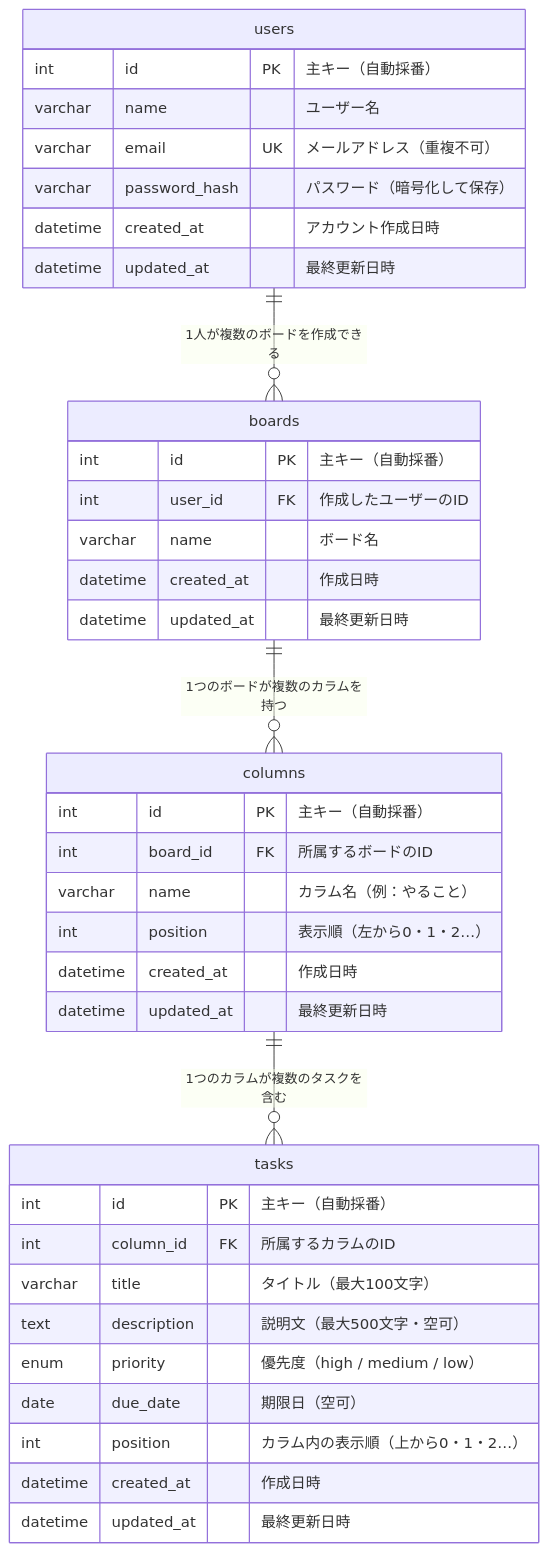
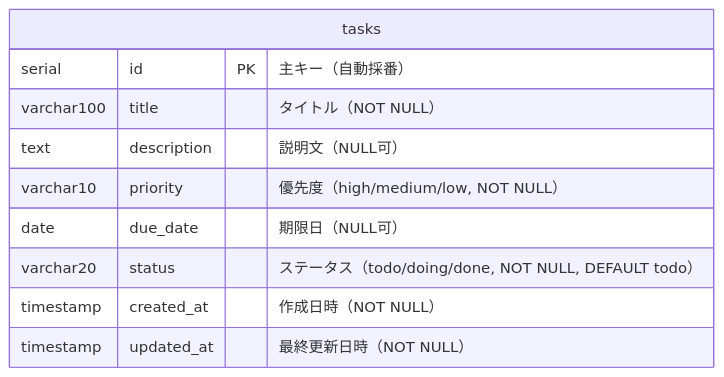
Before and after one commit to 80-cloud/hideharu-AI: the diagram in task-board/docs/DB設計書.md, drawn with Mermaid. The commit also changed other lines of this file and 11 other files, not shown here.

````diff
--- a/task-board/docs/DB設計書.md
+++ b/task-board/docs/DB設計書.md
@@ -92,44 +87,13 @@
 ```mermaid
 erDiagram
-    users {
-        int         id           PK  "主キー（自動採番）"
-        varchar     name             "ユーザー名"
-        varchar     email        UK  "メールアドレス（重複不可）"
-        varchar     password_hash    "パスワード（暗号化して保存）"
-        datetime    created_at       "アカウント作成日時"
-        datetime    updated_at       "最終更新日時"
+    tasks {
+        serial      id           PK  "主キー（自動採番）"
+        varchar100  title            "タイトル（NOT NULL）"
+        text        description      "説明文（NULL可）"
+        varchar10   priority         "優先度（high/medium/low, NOT NULL）"
+        date        due_date         "期限日（NULL可）"
+        varchar20   status           "ステータス（todo/doing/done, NOT NULL, DEFAULT todo）"
+        timestamp   created_at       "作成日時（NOT NULL）"
+        timestamp   updated_at       "最終更新日時（NOT NULL）"
     }
-
-    boards {
-        int         id           PK  "主キー（自動採番）"
-        int         user_id      FK  "作成したユーザーのID"
-        varchar     name             "ボード名"
-        datetime    created_at       "作成日時"
-        datetime    updated_at       "最終更新日時"
-    }
-
-    columns {
-        int         id           PK  "主キー（自動採番）"
-        int         board_id     FK  "所属するボードのID"
-        varchar     name             "カラム名（例：やること）"
-        int         position         "表示順（左から0・1・2…）"
-        datetime    created_at       "作成日時"
-        datetime    updated_at       "最終更新日時"
-    }
-
-    tasks {
-        int         id           PK  "主キー（自動採番）"
-        int         column_id    FK  "所属するカラムのID"
-        varchar     title            "タイトル（最大100文字）"
-        text        description      "説明文（最大500文字・空可）"
-        enum        priority         "優先度（high / medium / low）"
-        date        due_date         "期限日（空可）"
-        int         position         "カラム内の表示順（上から0・1・2…）"
-        datetime    created_at       "作成日時"
-        datetime    updated_at       "最終更新日時"
-    }
-
-    users  ||--o{ boards  : "1人が複数のボードを作成できる"
-    boards ||--o{ columns : "1つのボードが複数のカラムを持つ"
-    columns ||--o{ tasks  : "1つのカラムが複数のタスクを含む"
 ```
````
